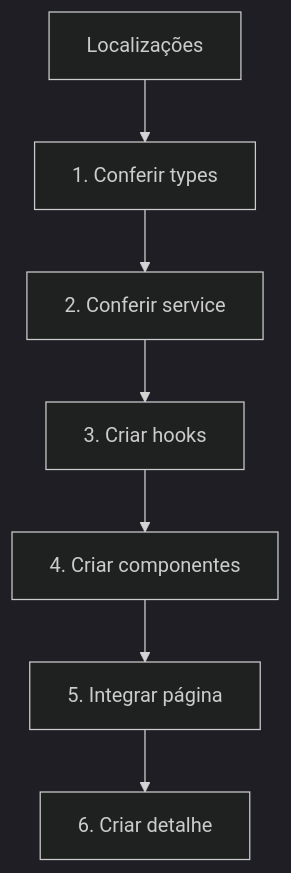
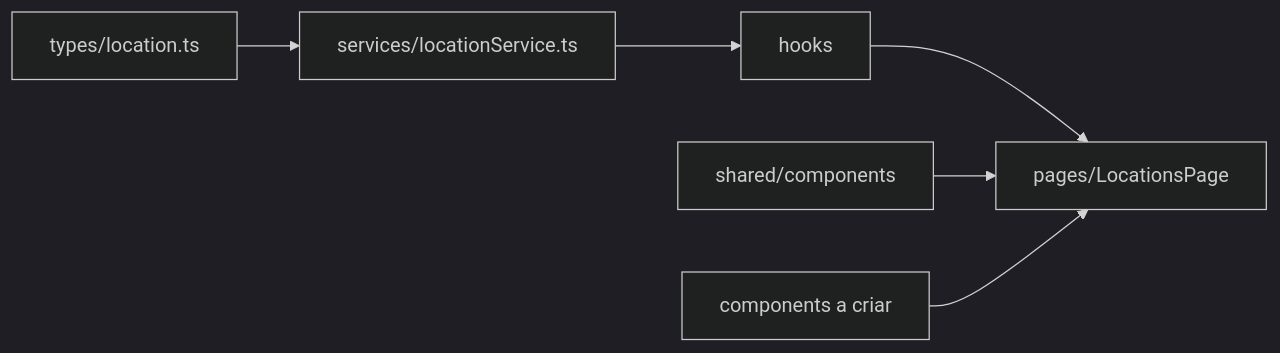
The second of 6 diagrams in frontend/docs/aula-08/README-alunos.md (modulo-4-javascript/sistema-gestao-equipamentos-allef-ramos), drawn with Mermaid (dark theme) before and after one commit. The commit also changed other lines of this file and 2 other files, not shown here.

First line of the commit message:
feat: update README and LocationsPage for final assignment on Localizações

````diff
--- a/frontend/docs/aula-08/README-alunos.md
+++ b/frontend/docs/aula-08/README-alunos.md
@@ -9,9 +69,8 @@
 ```mermaid
-flowchart TB
-  Start["Localizações"] --> Types["1. Conferir types"]
-  Types --> Service["2. Conferir service"]
-  Service --> Hooks["3. Criar hooks"]
-  Hooks --> Components["4. Criar componentes"]
-  Components --> Page["5. Integrar página"]
-  Page --> Details["6. Criar detalhe"]
+flowchart LR
+  Types["types/location.ts"] --> Service["services/locationService.ts"]
+  Service --> Hooks["hooks"]
+  Hooks --> Page["pages/LocationsPage"]
+  Shared["shared/components"] --> Page
+  Components["components a criar"] --> Page
 ```
````
